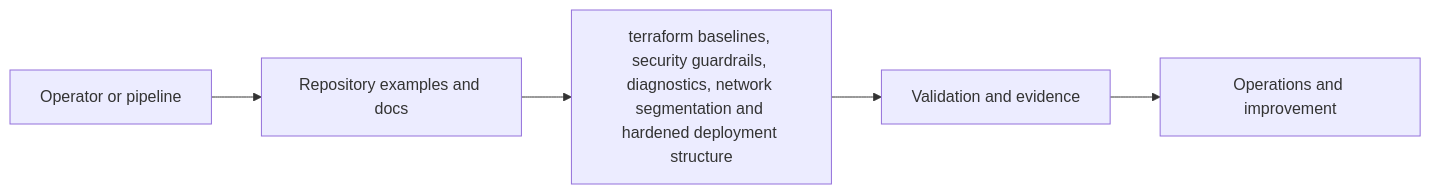
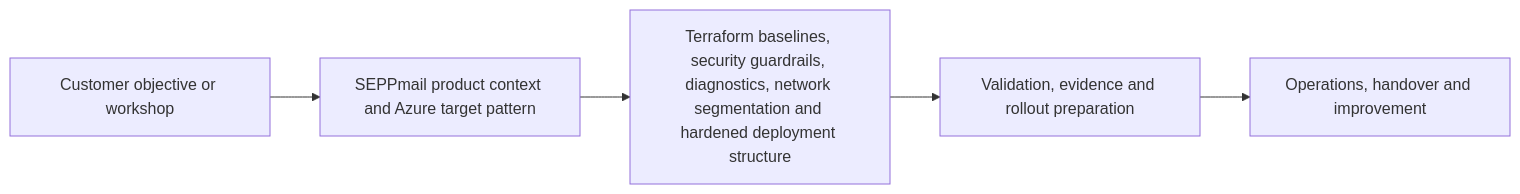
One commit to Synedat/Seppmail-IaC-hardened-azure changed the diagram in README.md. Above: the diagram before and after it, drawn with Mermaid. The commit also changed other lines of this file and 1 other file, not shown here.

````diff
--- a/README.md
+++ b/README.md
@@ -79,7 +115,7 @@
 ```mermaid
 flowchart LR
-    A[Operator or pipeline] --> B[Repository examples and docs]
-    B --> C[terraform baselines, security guardrails, diagnostics, network segmentation and hardened deployment structure]
-    C --> D[Validation and evidence]
-    D --> E[Operations and improvement]
+    A[Customer objective or workshop] --> B[SEPPmail product context and Azure target pattern]
+    B --> C[Terraform baselines, security guardrails, diagnostics, network segmentation and hardened deployment structure]
+    C --> D[Validation, evidence and rollout preparation]
+    D --> E[Operations, handover and improvement]
 ```
````
